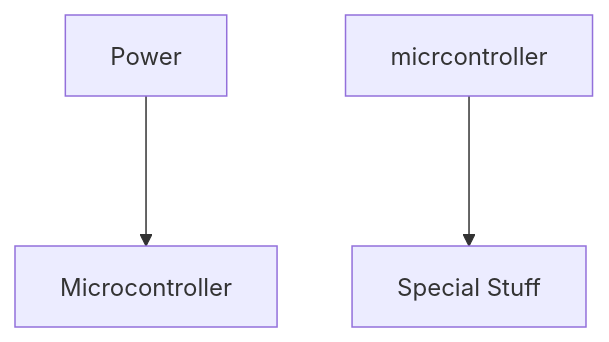
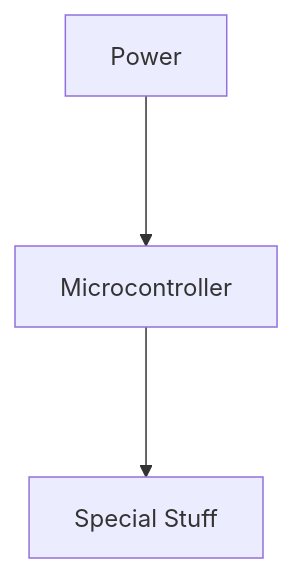
Before and after one commit to devramsean0/train-locs-board: the diagram in JOURNAL.md, drawn with Mermaid. The commit also changed other lines of this file and 20 other files, not shown here.

````diff
--- a/JOURNAL.md
+++ b/JOURNAL.md
@@ -119,6 +119,6 @@
 ```mermaid
 flowchart TB
 
 power[Power] ---> microcontroller[Microcontroller]
-micrcontroller ---> specialstuff[Special Stuff]
+microcontroller ---> specialstuff[Special Stuff]
 ```
````
